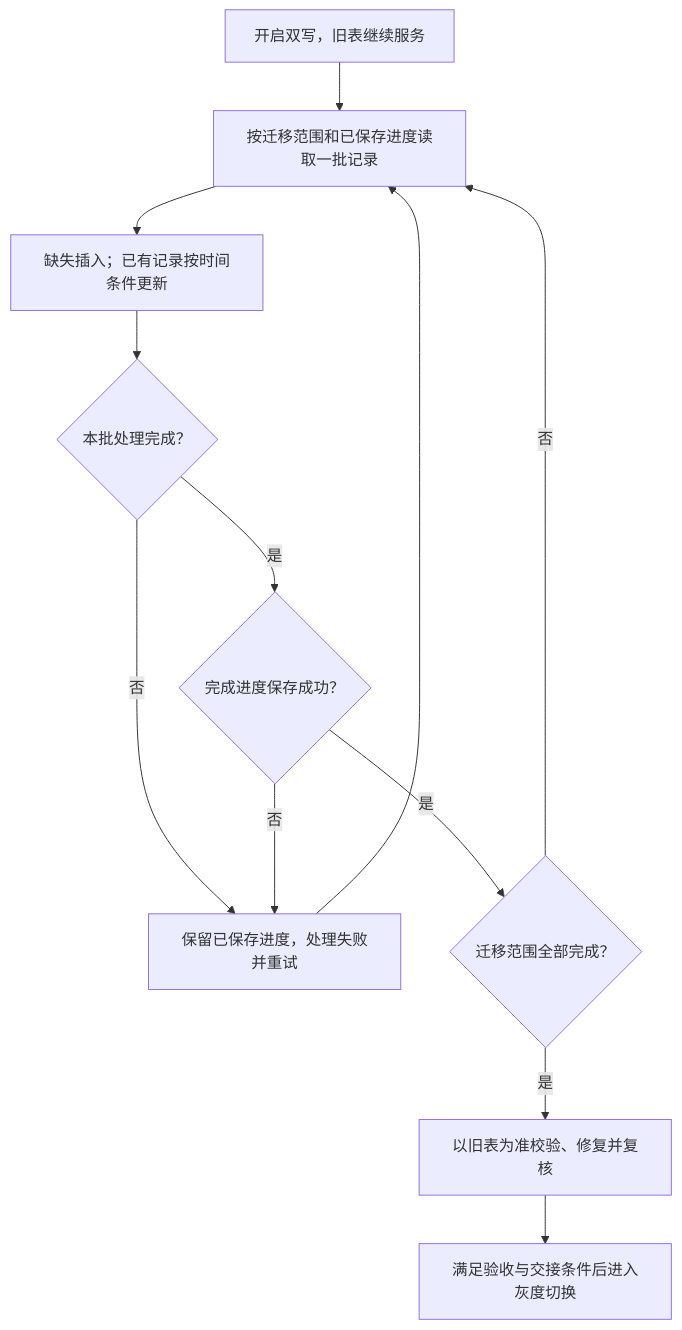
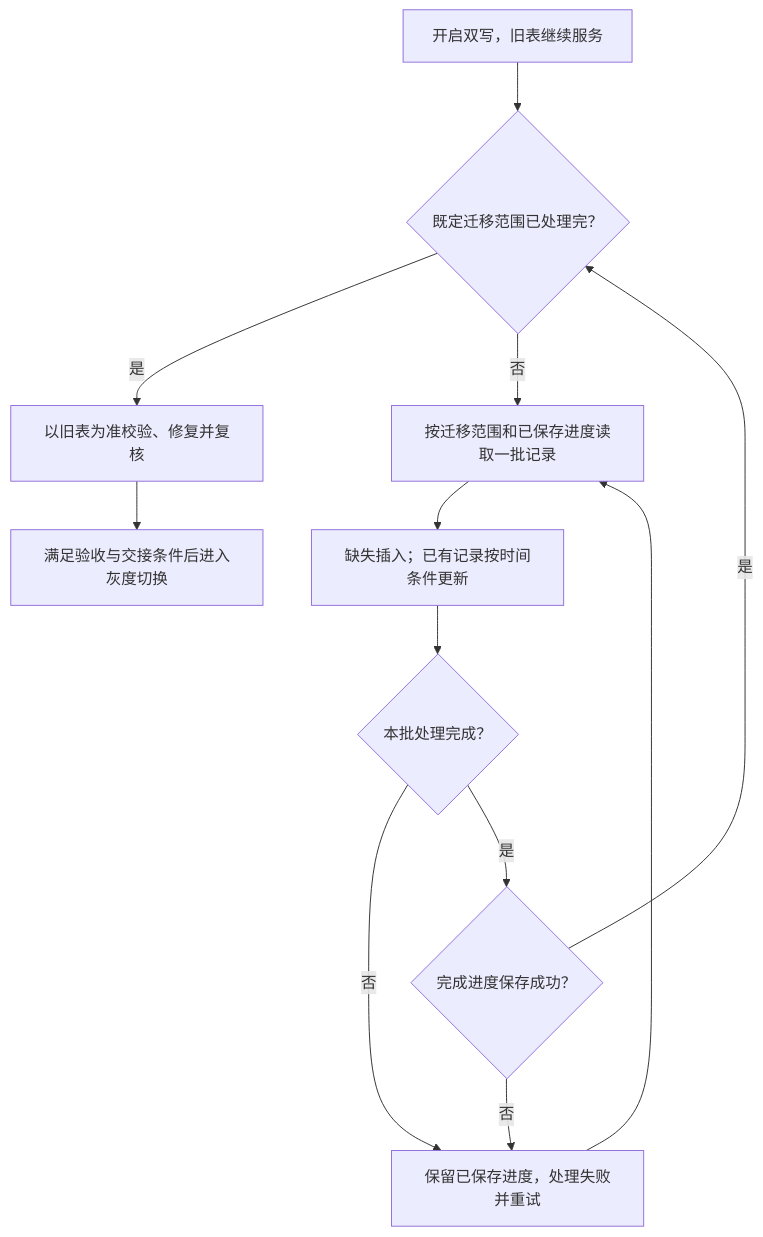
The diagram in 002_消费记录分库分表、双写与ES 改造（15）/007_分库分表_在线历史迁移.md (sunjiayu1105/eas), drawn with Mermaid before and after one commit. The commit also changed other lines of this file, not shown here.

````diff
--- a/002_消费记录分库分表、双写与ES 改造（15）/007_分库分表_在线历史迁移.md
+++ b/002_消费记录分库分表、双写与ES 改造（15）/007_分库分表_在线历史迁移.md
@@ -43,14 +43,15 @@
 ```mermaid
 flowchart TD
-    A["开启双写，旧表继续服务"] --> B["按迁移范围和已保存进度读取一批记录"]
+    A["开启双写，旧表继续服务"] --> R{"既定迁移范围已处理完？"}
+    R -->|是| H
+    R -->|否| B["按迁移范围和已保存进度读取一批记录"]
     B --> C["缺失插入；已有记录按时间条件更新"]
     C --> D{"本批处理完成？"}
     D -->|否| E["保留已保存进度，处理失败并重试"]
     E --> B
     D -->|是| F{"完成进度保存成功？"}
     F -->|否| E
-    F -->|是| G{"迁移范围全部完成？"}
-    G -->|否| B
-    G -->|是| H["以旧表为准校验、修复并复核"]
+    F -->|是| R
+    H["以旧表为准校验、修复并复核"]
     H --> I["满足验收与交接条件后进入灰度切换"]
 ```
````
